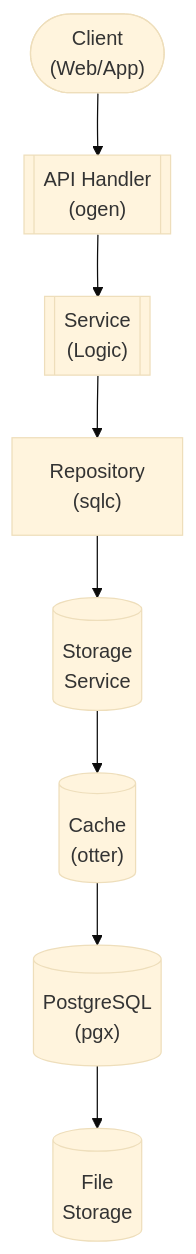
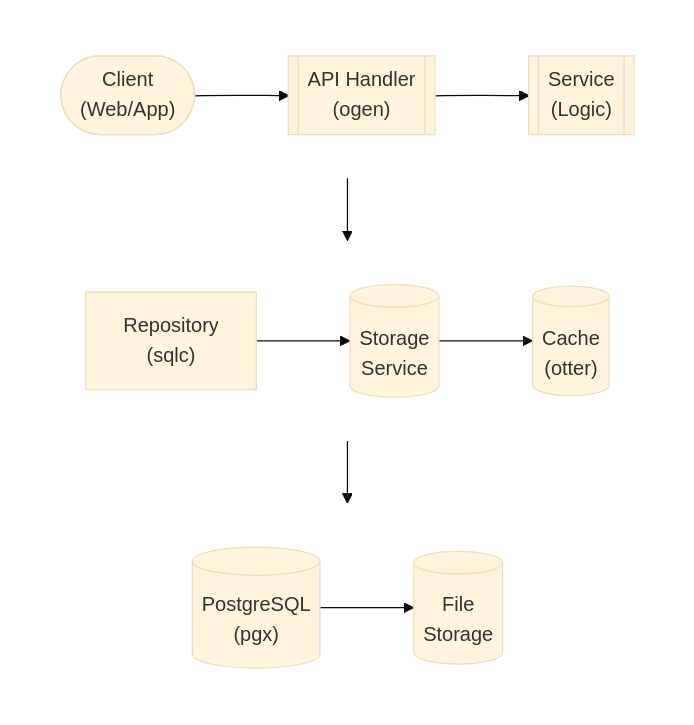
One commit to lusoris/revenge changed the diagram in docs/dev/design/services/USER.md. Above: the diagram before and after it, drawn with Mermaid (base theme). The commit also changed 210 other files, not shown here.

First line of the commit message:
feat(docs): Add horizontal layout support for Mermaid diagrams

````diff
--- a/docs/dev/design/services/USER.md
+++ b/docs/dev/design/services/USER.md
@@ -63,18 +63,32 @@
 ```mermaid
 flowchart TD
-    node1(["Client<br/>(Web/App)"])
-    node2[["API Handler<br/>(ogen)"]]
-    node3[["Service<br/>(Logic)"]]
-    node4["Repository<br/>(sqlc)"]
-    node5[("Storage<br/>Service")]
-    node6[("Cache<br/>(otter)")]
-    node7[("PostgreSQL<br/>(pgx)")]
-    node8[("File<br/>Storage")]
+    subgraph row1[ ]
+        direction LR
+        node1(["Client<br/>(Web/App)"])
+        node2[["API Handler<br/>(ogen)"]]
+        node3[["Service<br/>(Logic)"]]
+    end
+    subgraph row2[ ]
+        direction LR
+        node4["Repository<br/>(sqlc)"]
+        node5[("Storage<br/>Service")]
+        node6[("Cache<br/>(otter)")]
+    end
+    subgraph row3[ ]
+        direction LR
+        node7[("PostgreSQL<br/>(pgx)")]
+        node8[("File<br/>Storage")]
+    end
     node1 --> node2
     node2 --> node3
     node4 --> node5
     node5 --> node6
     node7 --> node8
     node3 --> node4
     node6 --> node7
+
+    %% Hide row subgraph borders
+    style row1 fill:transparent,stroke:transparent
+    style row2 fill:transparent,stroke:transparent
+    style row3 fill:transparent,stroke:transparent
 ```
````
